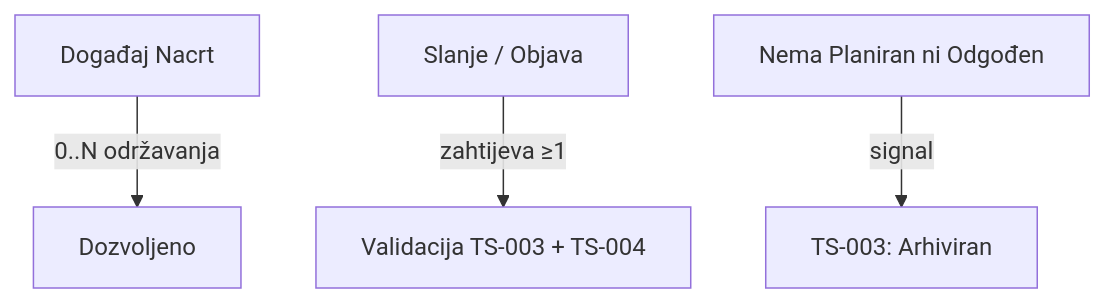
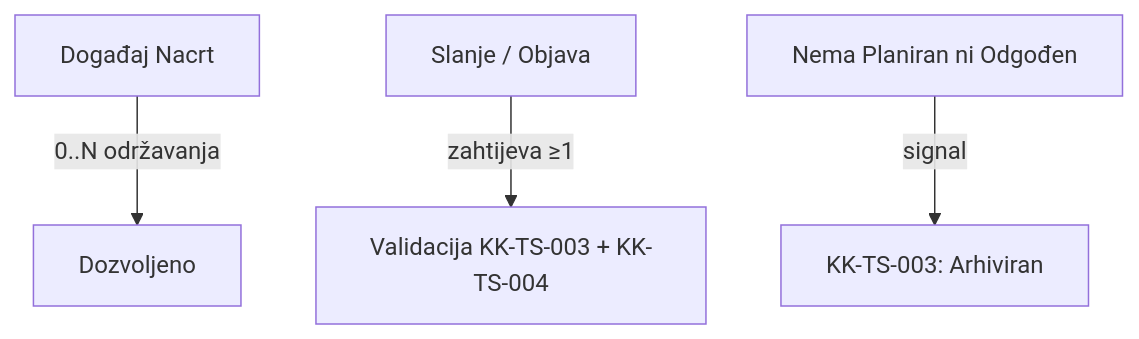
The fifth of 6 diagrams in docs/technical-specifications/Technical-Specification_Odrzavanje.md (GoranOpK/digital.kotor.me), drawn with Mermaid before and after one commit. The commit also changed other lines of this file and 20 other files, not shown here.

````diff
--- a/docs/technical-specifications/Technical-Specification_Odrzavanje.md
+++ b/docs/technical-specifications/Technical-Specification_Odrzavanje.md
@@ -636,6 +637,6 @@
 ```mermaid
 flowchart TD
   A[Događaj Nacrt] -->|0..N održavanja| B[Dozvoljeno]
-  C[Slanje / Objava] -->|zahtijeva ≥1| D[Validacija TS-003 + TS-004]
-  E[Nema Planiran ni Odgođen] -->|signal| F[TS-003: Arhiviran]
+  C[Slanje / Objava] -->|zahtijeva ≥1| D[Validacija KK-TS-003 + KK-TS-004]
+  E[Nema Planiran ni Odgođen] -->|signal| F[KK-TS-003: Arhiviran]
 ```
````
